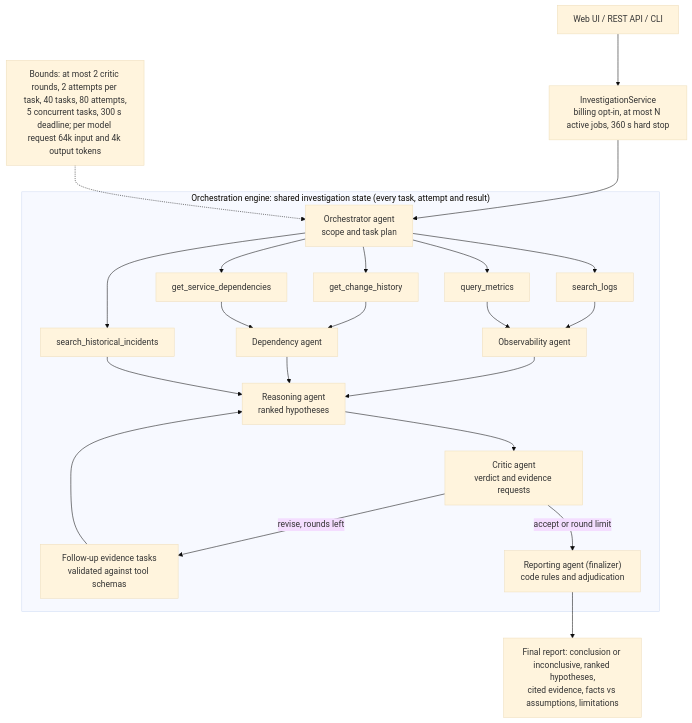
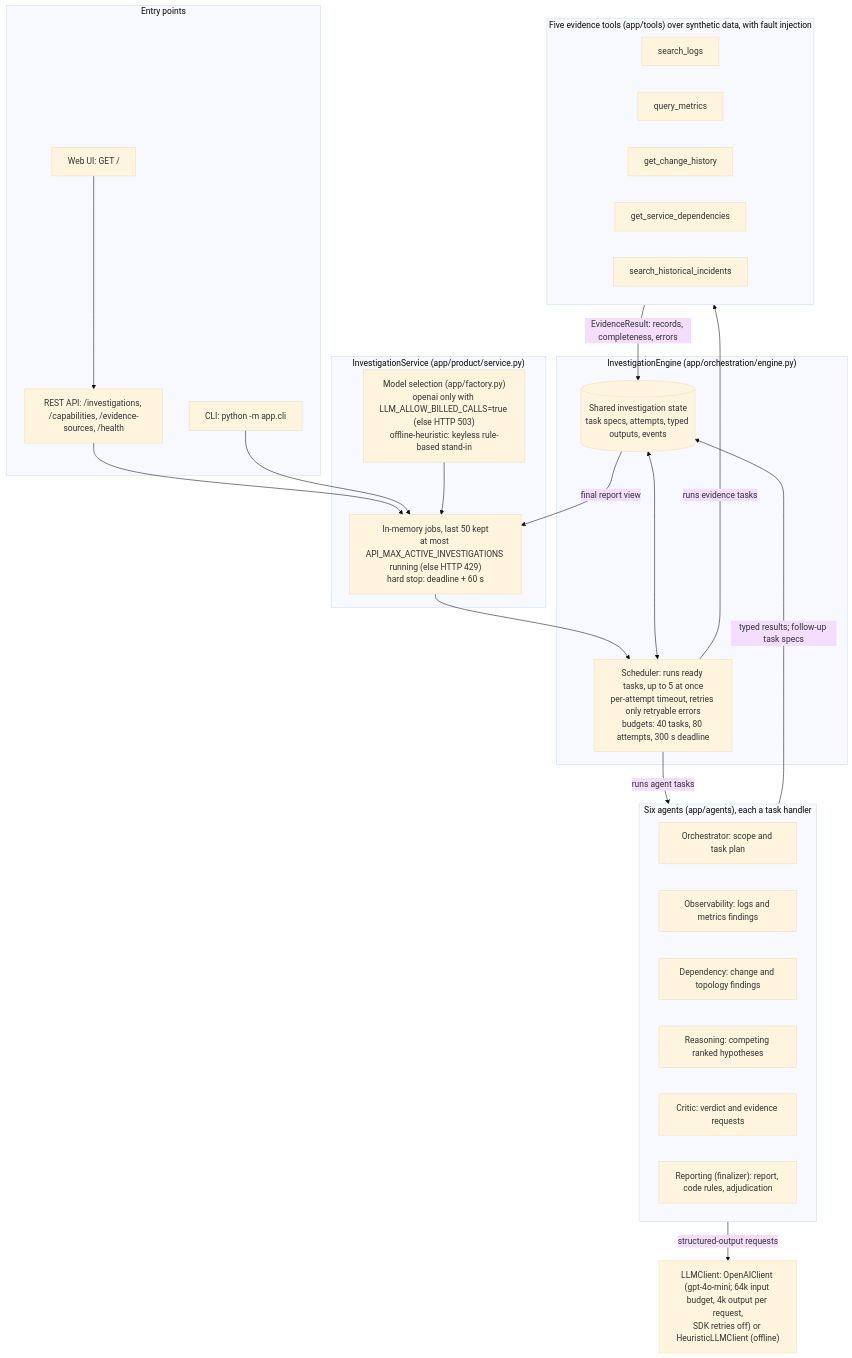
One commit to druvemedia/orange-invest-ai-agents changed the first of 3 diagrams in docs/ARCHITECTURE.md. Above: the diagram before and after it, drawn with Mermaid (base theme). The commit also changed other lines of this file and 3 other files, not shown here.

First line of the commit message:
Make the repository reviewer-ready: README, diagrams and SRS

````diff
--- a/docs/ARCHITECTURE.md
+++ b/docs/ARCHITECTURE.md
@@ -281,37 +49,44 @@
 ```mermaid
-flowchart TD
-    Client["Web UI / REST API / CLI"] --> Service["InvestigationService<br/>billing opt-in, at most N active jobs, 360 s hard stop"]
-    Service --> Orch
-    subgraph Engine["Orchestration engine: shared investigation state (every task, attempt and result)"]
-        Orch["Orchestrator agent<br/>scope and task plan"]
-        Logs["search_logs"]
-        Metrics["query_metrics"]
-        Changes["get_change_history"]
-        Deps["get_service_dependencies"]
-        History["search_historical_incidents"]
-        Obs["Observability agent"]
-        Dep["Dependency agent"]
-        Reason["Reasoning agent<br/>ranked hypotheses"]
-        Critic["Critic agent<br/>verdict and evidence requests"]
-        Follow["Follow-up evidence tasks<br/>validated against tool schemas"]
-        Report["Reporting agent (finalizer)<br/>code rules and adjudication"]
-        Orch --> Logs
-        Orch --> Metrics
-        Orch --> Changes
-        Orch --> Deps
-        Orch --> History
-        Logs --> Obs
-        Metrics --> Obs
-        Changes --> Dep
-        Deps --> Dep
-        Obs --> Reason
-        Dep --> Reason
-        History --> Reason
-        Reason --> Critic
-        Critic -- "revise, rounds left" --> Follow
-        Follow --> Reason
-        Critic -- "accept or round limit" --> Report
+flowchart TB
+    subgraph Entry["Entry points"]
+        UI["Web UI: GET /"]
+        API["REST API: /investigations, /capabilities, /evidence-sources, /health"]
+        CLI["CLI: python -m app.cli"]
     end
-    Limits["Bounds: at most 2 critic rounds, 2 attempts per task, 40 tasks, 80 attempts,<br/>5 concurrent tasks, 300 s deadline; per model request 64k input and 4k output tokens"] -.-> Orch
-    Report --> Out["Final report: conclusion or inconclusive, ranked hypotheses,<br/>cited evidence, facts vs assumptions, limitations"]
+    subgraph Svc["InvestigationService (app/product/service.py)"]
+        Jobs["In-memory jobs, last 50 kept<br/>at most API_MAX_ACTIVE_INVESTIGATIONS running (else HTTP 429)<br/>hard stop: deadline + 60 s"]
+        Guard["Model selection (app/factory.py)<br/>openai only with LLM_ALLOW_BILLED_CALLS=true (else HTTP 503)<br/>offline-heuristic: keyless rule-based stand-in"]
+    end
+    subgraph Eng["InvestigationEngine (app/orchestration/engine.py)"]
+        Sched["Scheduler: runs ready tasks, up to 5 at once<br/>per-attempt timeout, retries only retryable errors<br/>budgets: 40 tasks, 80 attempts, 300 s deadline"]
+        State[("Shared investigation state<br/>task specs, attempts, typed outputs, events")]
+    end
+    subgraph Agents["Six agents (app/agents), each a task handler"]
+        Orch["Orchestrator: scope and task plan"]
+        Obs["Observability: logs and metrics findings"]
+        Dep["Dependency: change and topology findings"]
+        Rea["Reasoning: competing ranked hypotheses"]
+        Cri["Critic: verdict and evidence requests"]
+        Rep["Reporting (finalizer): report, code rules, adjudication"]
+    end
+    subgraph Tools["Five evidence tools (app/tools) over synthetic data, with fault injection"]
+        T1["search_logs"]
+        T2["query_metrics"]
+        T3["get_change_history"]
+        T4["get_service_dependencies"]
+        T5["search_historical_incidents"]
+    end
+    LLM["LLMClient: OpenAIClient (gpt-4o-mini; 64k input budget, 4k output per request,<br/>SDK retries off) or HeuristicLLMClient (offline)"]
+    UI --> API
+    API --> Jobs
+    CLI --> Jobs
+    Guard --> Jobs
+    Jobs --> Sched
+    Sched <--> State
+    Sched -- "runs agent tasks" --> Agents
+    Sched -- "runs evidence tasks" --> Tools
+    Agents -- "typed results; follow-up task specs" --> State
+    Tools -- "EvidenceResult: records, completeness, errors" --> State
+    Agents -- "structured-output requests" --> LLM
+    State -- "final report view" --> Jobs
 ```
````
